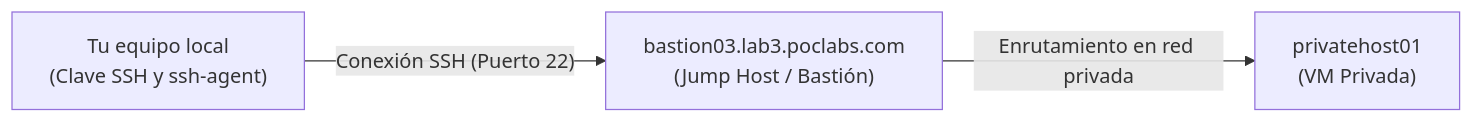
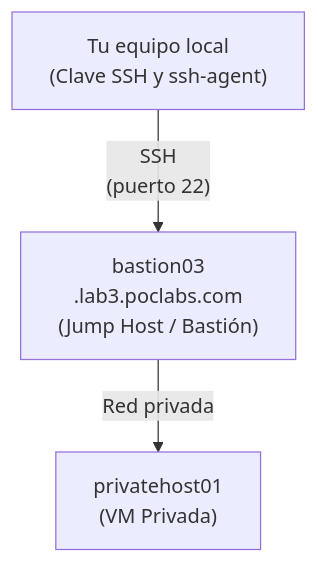
The first of 2 diagrams in src/content/es/how-to/ssh-jump-host.md (jose-oc/joseoc-dev), drawn with Mermaid before and after one commit. The commit also changed 1 other file, not shown here.

Commit message:
Rehace el primer diagrama de SSH en vertical con etiquetas cortas para que no se recorte el texto

````diff
--- a/src/content/es/how-to/ssh-jump-host.md
+++ b/src/content/es/how-to/ssh-jump-host.md
@@ -29,9 +29,9 @@
 ```mermaid
-flowchart LR
+flowchart TB
     Mac["Tu equipo local<br/>(Clave SSH y ssh-agent)"]
-    Jump["bastion03.lab3.poclabs.com<br/>(Jump Host / Bastión)"]
+    Jump["bastion03<br/>.lab3.poclabs.com<br/>(Jump Host / Bastión)"]
     Registry["privatehost01<br/>(VM Privada)"]
 
-    Mac -->|"Conexión SSH (Puerto 22)"| Jump
-    Jump -->|"Enrutamiento en red privada"| Registry
+    Mac -->|"SSH<br/>(puerto 22)"| Jump
+    Jump -->|"Red privada"| Registry
 ```
````
